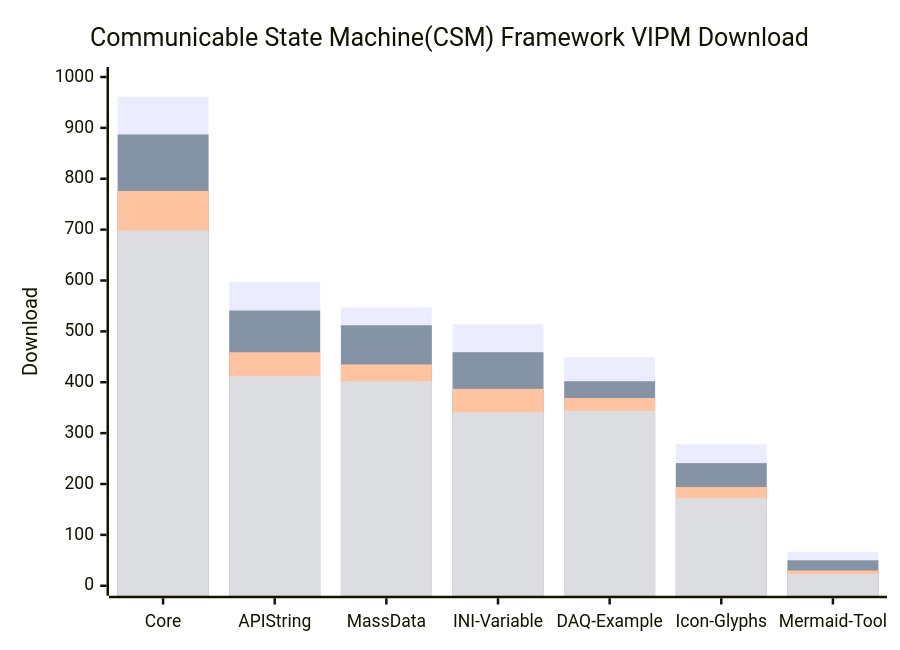
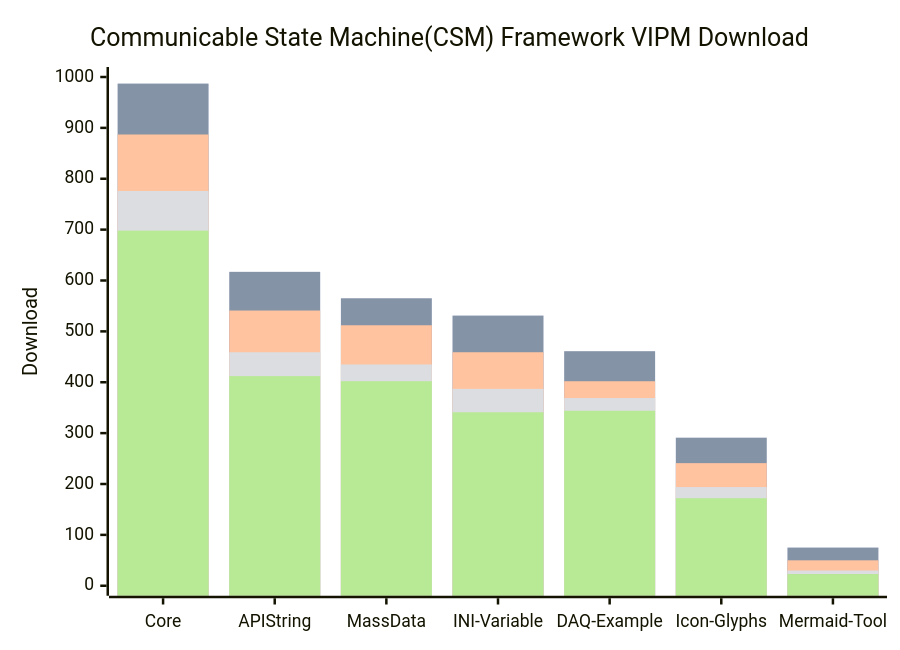
One commit to NEVSTOP-LAB/.github changed the diagram in profile/README.md. Above: the diagram before and after it, drawn with Mermaid.

````diff
--- a/profile/README.md
+++ b/profile/README.md
@@ -31,10 +31,11 @@
 ```mermaid
     xychart-beta
     title "Communicable State Machine(CSM) Framework VIPM Download"
     x-axis [Core, API String, MassData, INI-Variable, DAQ-Example, Icon-Glyphs, Mermaid-Tool]
     y-axis "Download" 0 --> 1000
-    bar   [961, 597, 547, 514, 449, 278, 67]
+    bar   [987, 617, 565, 531, 461, 291, 75]
+    bar   [987, 617, 565, 531, 461, 291, 75]
     bar   [887, 541, 512, 459, 402, 241, 50]
     bar   [776, 459, 435, 387, 369, 194, 30]
     bar   [698, 412, 402, 341, 344, 172, 23]
 ```
````
